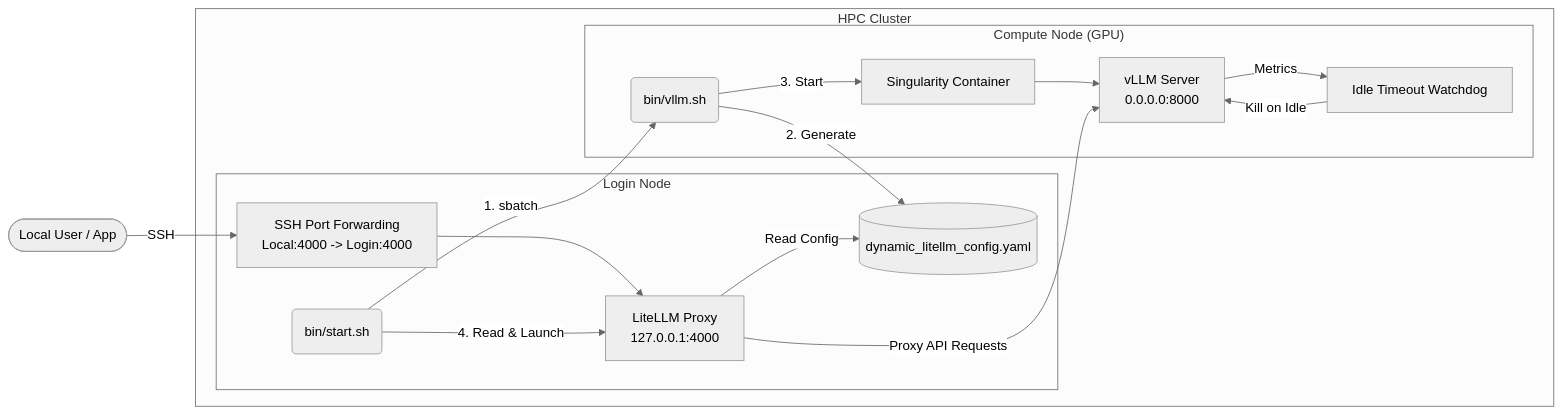
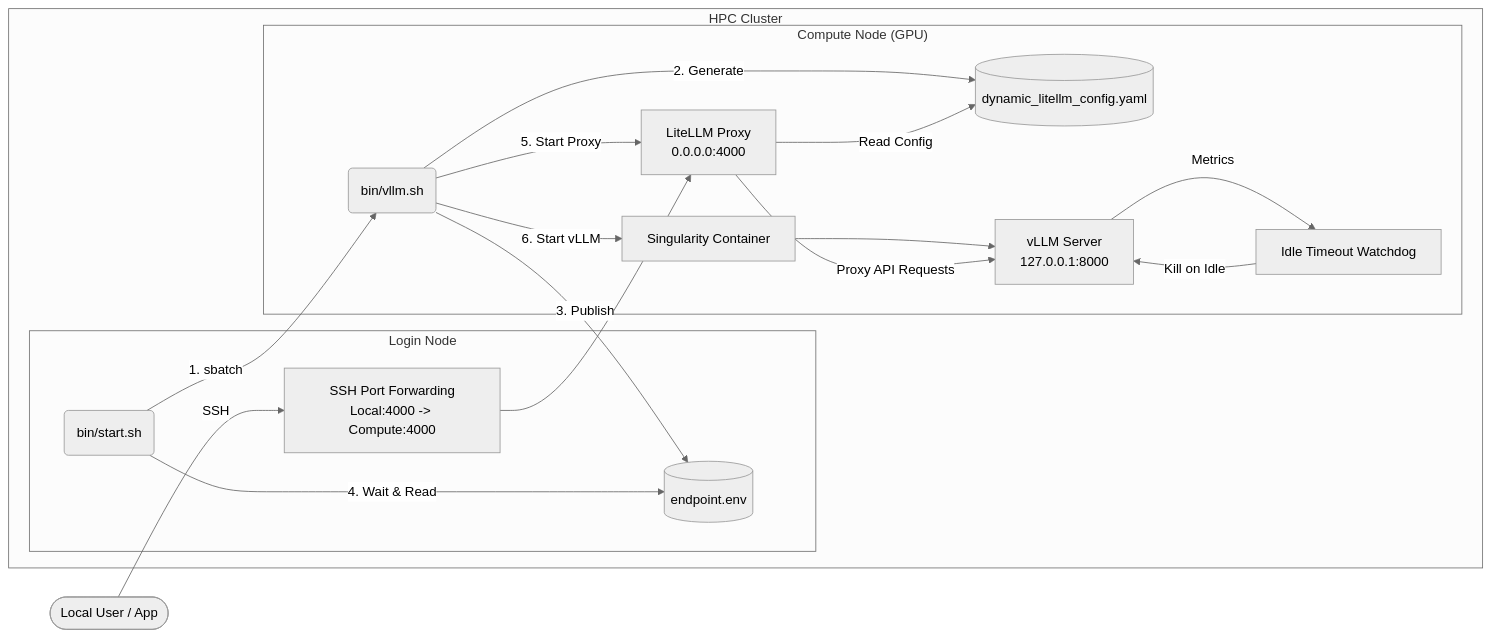
The diagram in docs/README.md (wdconinc/slurm-litellm-vllm), drawn with Mermaid (neutral theme) before and after one commit. The commit also changed other lines of this file and 1 other file, not shown here.

Commit message:
Fix Mermaid syntax and update main architecture diagram

````diff
--- a/docs/README.md
+++ b/docs/README.md
@@ -9,36 +9,39 @@
 ```mermaid
 flowchart LR
     User([Local User / App])
     
     subgraph "HPC Cluster"
         subgraph "Login Node"
-            SSH_Tunnel[SSH Port Forwarding\nLocal:4000 -> Login:4000]
-            StartScript(bin/start.sh)
-            LiteLLM[LiteLLM Proxy\n127.0.0.1:4000]
-            Config[(dynamic_litellm_config.yaml)]
+            SSH_Tunnel["SSH Port Forwarding<br/>Local:4000 -> Compute:4000"]
+            StartScript("bin/start.sh")
+            EndpointEnv[("endpoint.env")]
         end
         
         subgraph "Compute Node (GPU)"
-            vLLMScript(bin/vllm.sh)
-            Singularity[Singularity Container]
-            vLLM[vLLM Server\n0.0.0.0:8000]
-            Watchdog[Idle Timeout Watchdog]
+            vLLMScript("bin/vllm.sh")
+            LiteLLM["LiteLLM Proxy<br/>0.0.0.0:4000"]
+            Config[("dynamic_litellm_config.yaml")]
+            Singularity["Singularity Container"]
+            vLLM["vLLM Server<br/>127.0.0.1:8000"]
+            Watchdog["Idle Timeout Watchdog"]
         end
     end
 
     User -- SSH --> SSH_Tunnel
     SSH_Tunnel --> LiteLLM
     
     StartScript -- "1. sbatch" --> vLLMScript
     vLLMScript -- "2. Generate" --> Config
-    StartScript -- "4. Read & Launch" --> LiteLLM
+    vLLMScript -- "3. Publish" --> EndpointEnv
+    StartScript -- "4. Wait & Read" --> EndpointEnv
     LiteLLM -- "Read Config" --> Config
     
-    vLLMScript -- "3. Start" --> Singularity
+    vLLMScript -- "5. Start Proxy" --> LiteLLM
+    vLLMScript -- "6. Start vLLM" --> Singularity
     Singularity --> vLLM
     vLLM -- "Metrics" --> Watchdog
     
     LiteLLM -- "Proxy API Requests" --> vLLM
     
     Watchdog -- "Kill on Idle" --> vLLM
 ```
````
